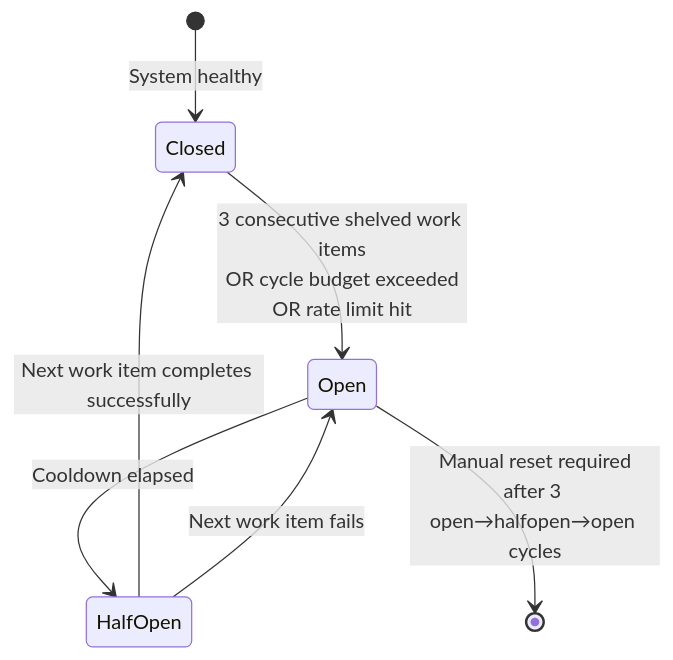
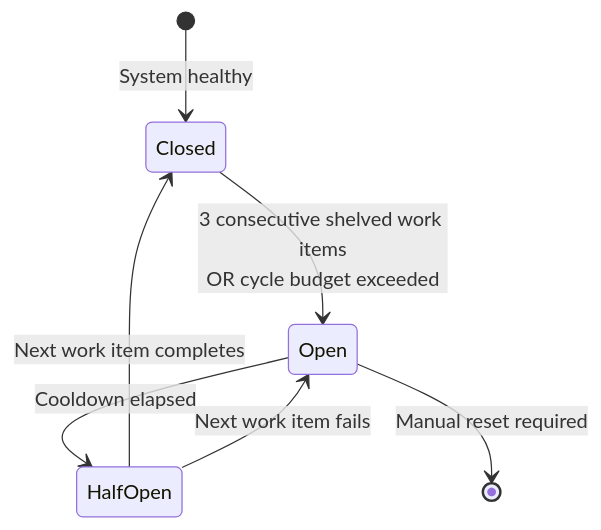
The fifth of 7 diagrams in docs/system-design.md (no-magic-ai/apprentice), drawn with Mermaid before and after one commit. The commit also changed other lines of this file, not shown here.

````diff
--- a/docs/system-design.md
+++ b/docs/system-design.md
@@ -486,9 +543,9 @@
 ```mermaid
 stateDiagram-v2
     [*] --> Closed: System healthy
-    Closed --> Open: 3 consecutive shelved work items<br/>OR cycle budget exceeded<br/>OR rate limit hit
+    Closed --> Open: 3 consecutive shelved work items<br/>OR cycle budget exceeded
     Open --> HalfOpen: Cooldown elapsed
-    HalfOpen --> Closed: Next work item completes successfully
+    HalfOpen --> Closed: Next work item completes
     HalfOpen --> Open: Next work item fails
-    Open --> [*]: Manual reset required<br/>after 3 open→halfopen→open cycles
+    Open --> [*]: Manual reset required
 ```
````
